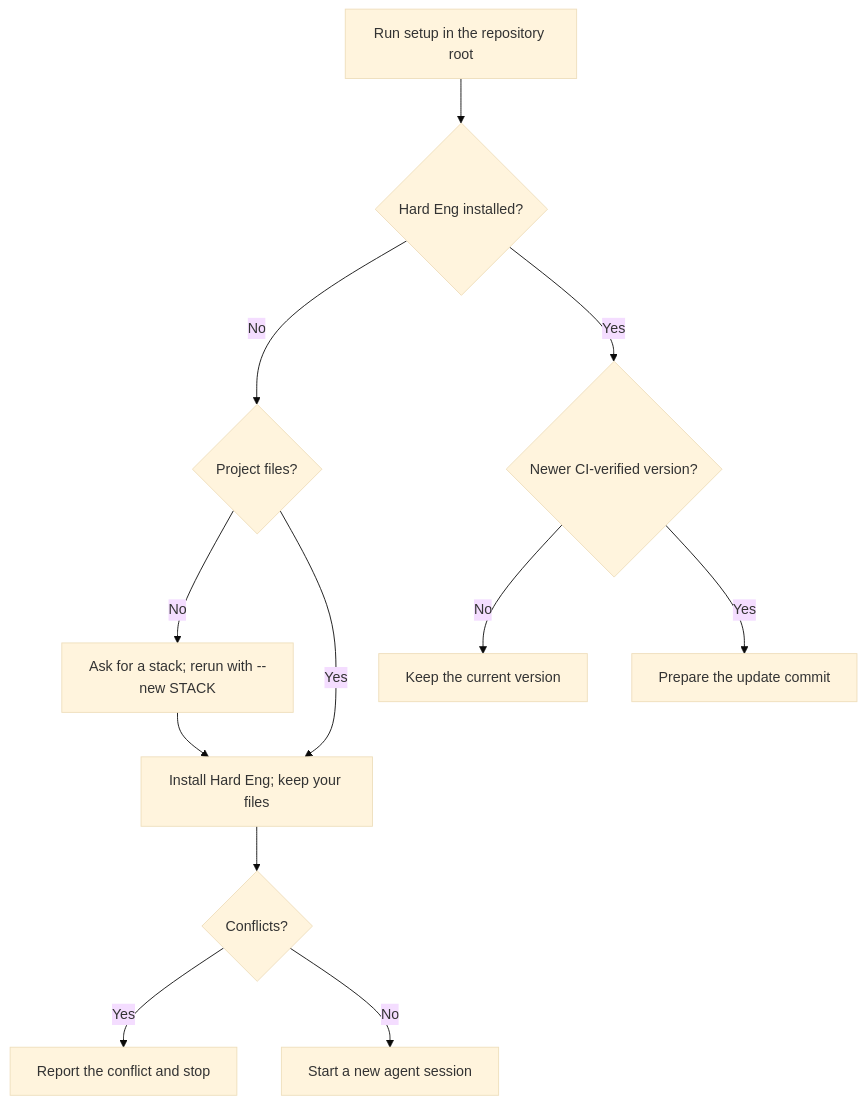
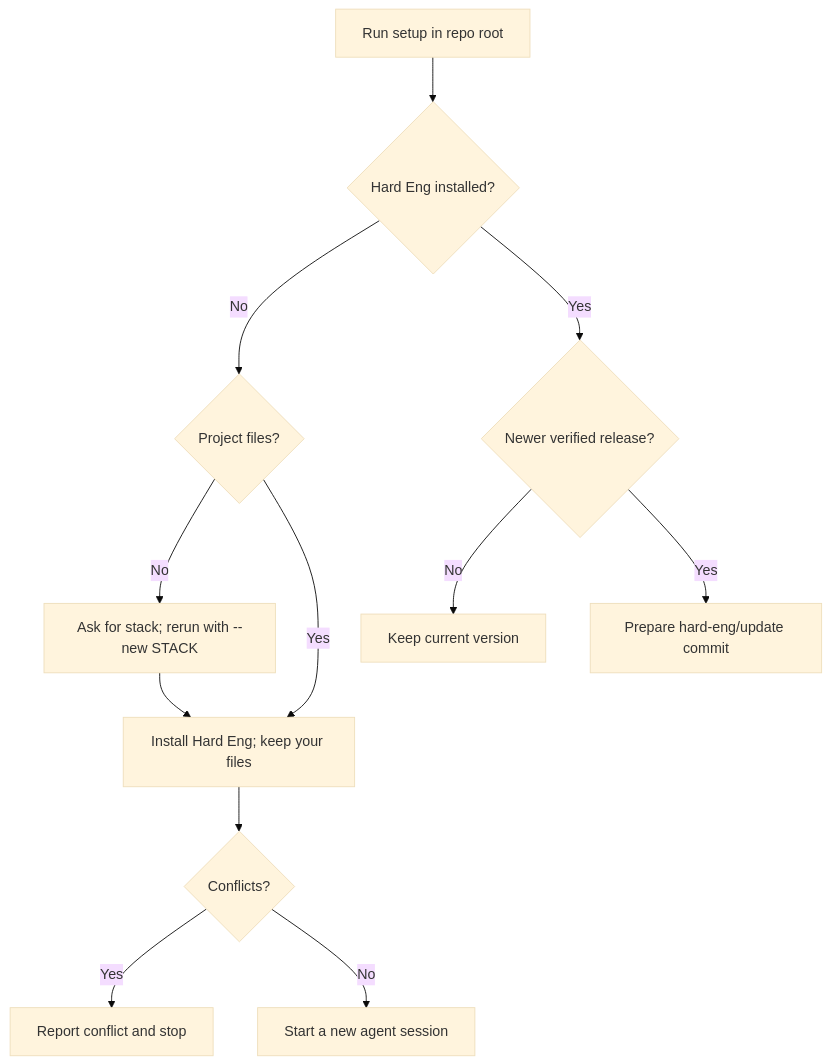
One commit to sgaabdu4/hard-eng changed the second of 7 diagrams in README.md. Above: the diagram before and after it, drawn with Mermaid (base theme). The commit also changed other lines of this file and 1 other file, not shown here.

````diff
--- a/README.md
+++ b/README.md
@@ -97,14 +123,14 @@
 ```mermaid
 flowchart TD
-  A[Run setup in the repository root] --> B{Hard Eng installed?}
+  A[Run setup in repo root] --> B{Hard Eng installed?}
   B -->|No| C{Project files?}
-  C -->|No| N[Ask for a stack; rerun with --new STACK]
+  C -->|No| N[Ask for stack; rerun with --new STACK]
   N --> I
   C -->|Yes| I[Install Hard Eng; keep your files]
   I --> X{Conflicts?}
-  X -->|Yes| R[Report the conflict and stop]
+  X -->|Yes| R[Report conflict and stop]
   X -->|No| S[Start a new agent session]
-  B -->|Yes| U{Newer CI-verified version?}
-  U -->|No| K[Keep the current version]
-  U -->|Yes| V[Prepare the update commit]
+  B -->|Yes| U{Newer verified release?}
+  U -->|No| K[Keep current version]
+  U -->|Yes| V[Prepare hard-eng/update commit]
 ```
````
